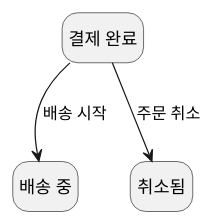
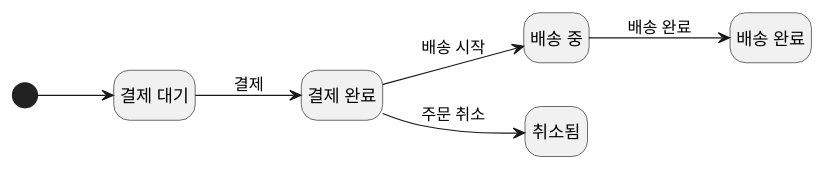
The third of 30 diagrams in courses/ooad/sessions/s03.md (YoungSan77/TrainingMaterials), drawn with PlantUML before and after one commit. The commit also changed other lines of this file and 44 other files, not shown here.

````diff
--- a/courses/ooad/sessions/s03.md
+++ b/courses/ooad/sessions/s03.md
@@ -207,10 +280,16 @@
 ```plantuml:state
 @startuml
 hide empty description
+left to right direction
+state "결제 대기" as Waiting
 state "결제 완료" as Paid
 state "배송 중" as Shipping
+state "배송 완료" as Delivered
 state "취소됨" as Cancelled
+[*] --> Waiting
+Waiting --> Paid : 결제
+Paid --> Shipping : 배송 시작
+Shipping --> Delivered : 배송 완료
 Paid --> Cancelled : 주문 취소
-Paid --> Shipping : 배송 시작
 @enduml
 ```
````
